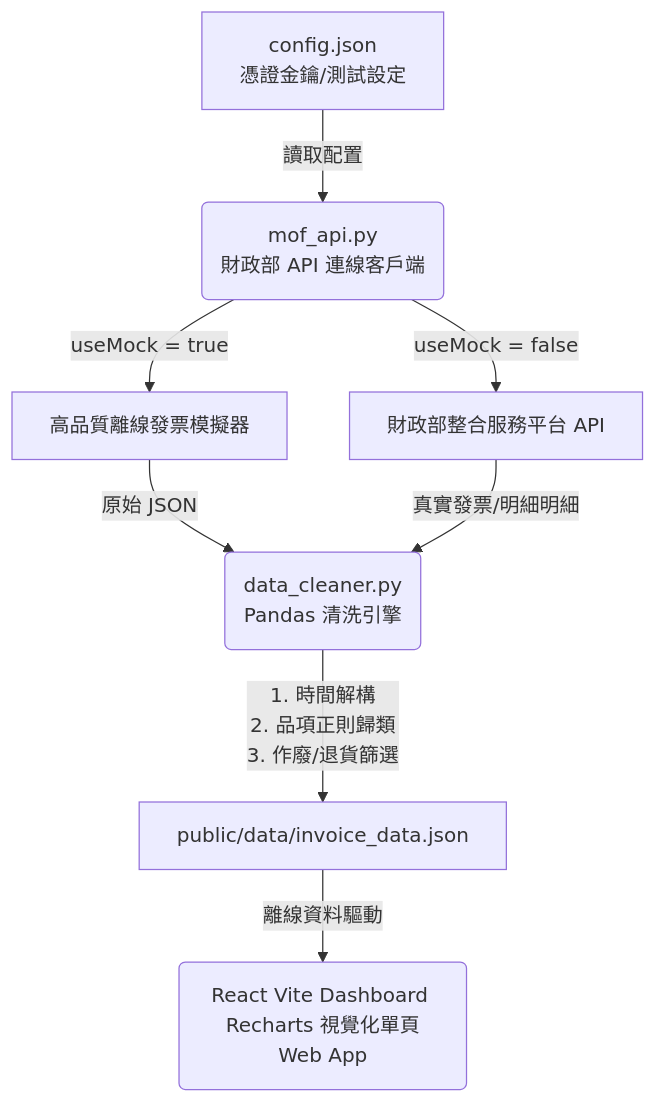
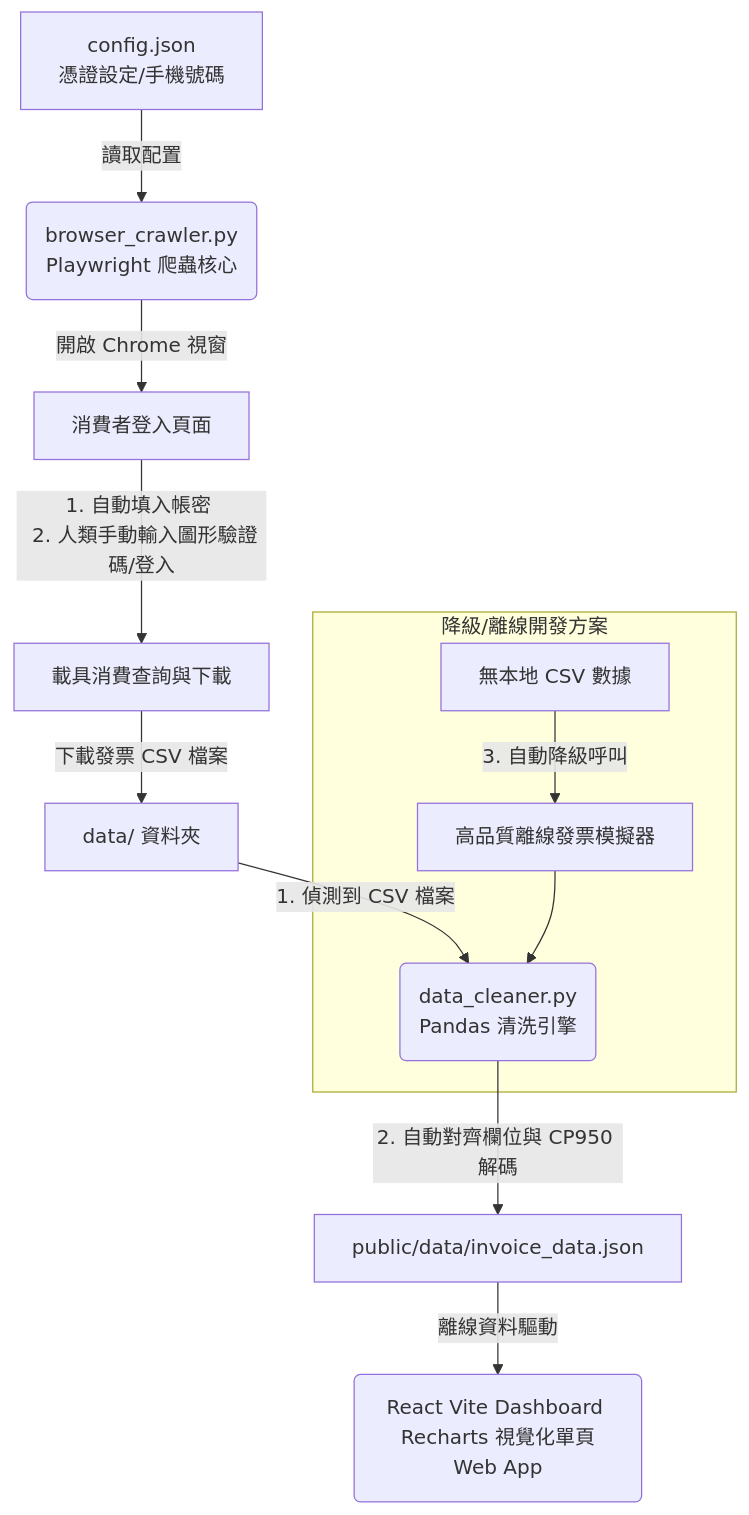
One commit to futeeeen/personal-finance-review changed the diagram in walkthrough.md. Above: the diagram before and after it, drawn with Mermaid. The commit also changed other lines of this file and 4 other files, not shown here.

Commit message:
feat: switch to semi-automatic browser automation crawler using Playwright, add CP950/BIG5 CSV import parser, and update dashboard

````diff
--- a/walkthrough.md
+++ b/walkthrough.md
@@ -13,10 +14,15 @@
 ```mermaid
 graph TD
-    A[config.json <br/> 憑證金鑰/測試設定] -->|讀取配置| B(mof_api.py <br/> 財政部 API 連線客戶端)
-    B -->|useMock = true| C[高品質離線發票模擬器]
-    B -->|useMock = false| D[財政部整合服務平台 API]
-    C -->|原始 JSON| E(data_cleaner.py <br/> Pandas 清洗引擎)
-    D -->|真實發票/明細明細| E
-    E -->|1. 時間解構 <br/> 2. 品項正則歸類 <br/> 3. 作廢/退貨篩選| F[public/data/invoice_data.json]
-    F -->|離線資料驅動| G(React Vite Dashboard <br/> Recharts 視覺化單頁 Web App)
+    A[config.json <br/> 憑證設定/手機號碼] -->|讀取配置| B(browser_crawler.py <br/> Playwright 爬蟲核心)
+    B -->|開啟 Chrome 視窗| C[消費者登入頁面]
+    C -->|1. 自動填入帳密 <br/> 2. 人類手動輸入圖形驗證碼/登入| D[載具消費查詢與下載]
+    D -->|下載發票 CSV 檔案| E[data/ 資料夾]
+    E -->|1. 偵測到 CSV 檔案| F(data_cleaner.py <br/> Pandas 清洗引擎)
+    F -->|2. 自動對齊欄位與 CP950 解碼| G[public/data/invoice_data.json]
+    G -->|離線資料驅動| H(React Vite Dashboard <br/> Recharts 視覺化單頁 Web App)
+    
+    subgraph 降級/離線開發方案
+    I[無本地 CSV 數據] -->|3. 自動降級呼叫| J[高品質離線發票模擬器]
+    J --> F
+    end
 ```
````
